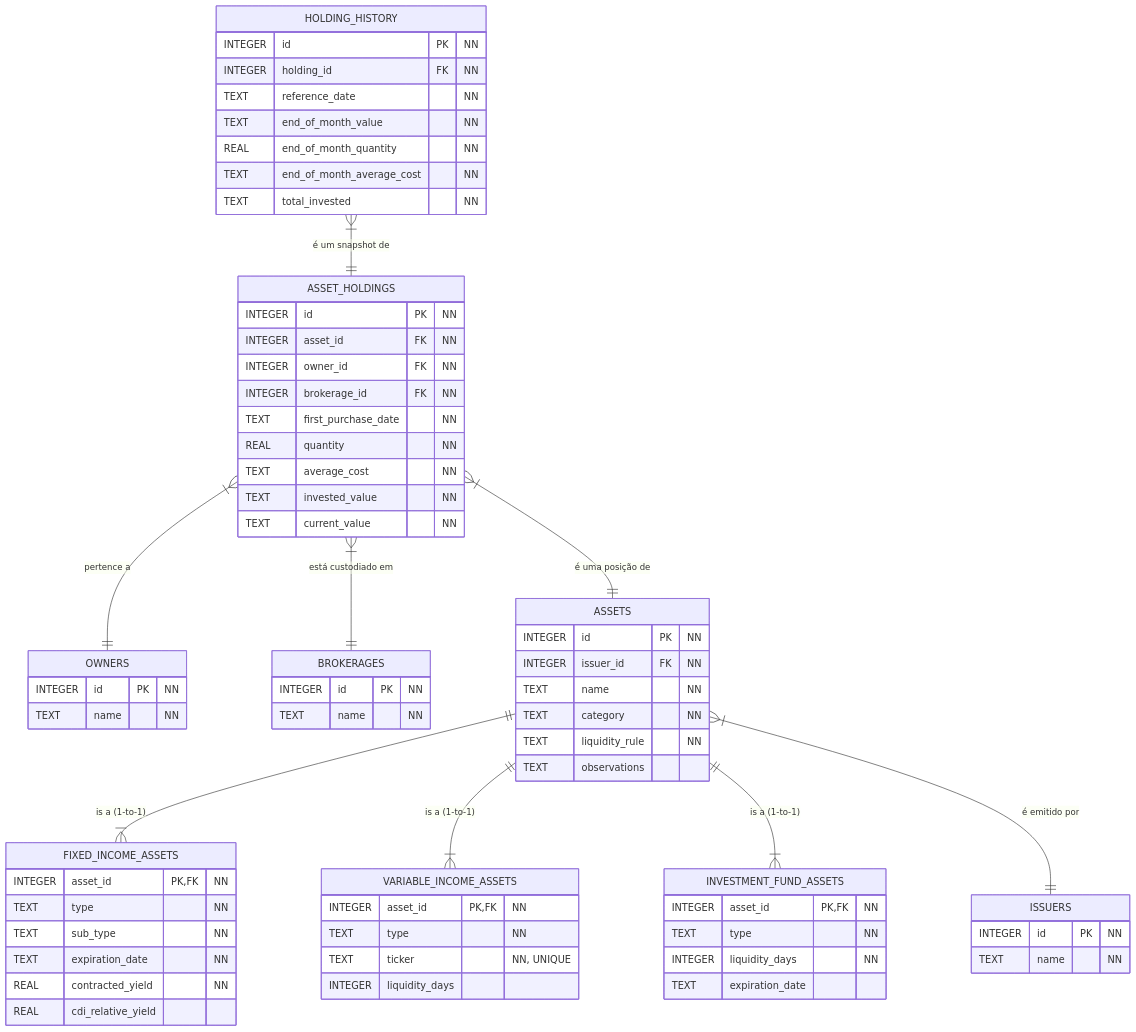
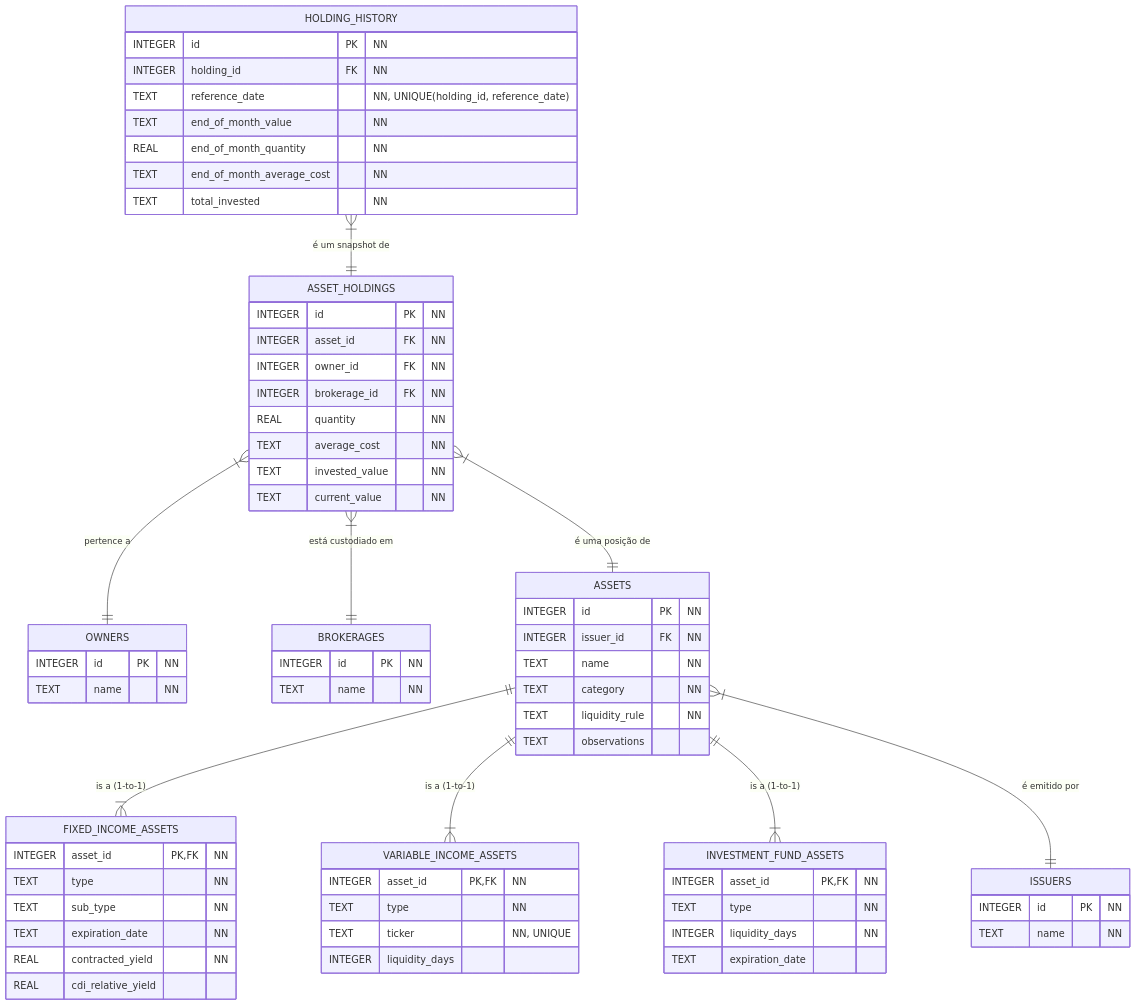
The diagram in docs/Modelagem do Banco de Dados.md (enirsilvaferraz/Investments-KMP), drawn with Mermaid before and after one commit. The commit also changed other lines of this file and 19 other files, not shown here.

````diff
--- a/docs/Modelagem do Banco de Dados.md
+++ b/docs/Modelagem do Banco de Dados.md
@@ -7,72 +7,71 @@
 ```mermaid
 erDiagram
     OWNERS {
         INTEGER id PK "NN"
         TEXT name "NN"
     }
     BROKERAGES {
         INTEGER id PK "NN"
         TEXT name "NN"
     }
     ISSUERS {
         INTEGER id PK "NN"
         TEXT name "NN"
     }
     ASSETS {
         INTEGER id PK "NN"
         INTEGER issuer_id FK "NN"
         TEXT name "NN"
         TEXT category "NN"
         TEXT liquidity_rule "NN"
         TEXT observations
     }
     FIXED_INCOME_ASSETS {
         INTEGER asset_id PK, FK "NN"
         TEXT type "NN"
         TEXT sub_type "NN"
         TEXT expiration_date "NN"
         REAL contracted_yield "NN"
         REAL cdi_relative_yield
     }
     VARIABLE_INCOME_ASSETS {
         INTEGER asset_id PK, FK "NN"
         TEXT type "NN"
         TEXT ticker "NN, UNIQUE"
         INTEGER liquidity_days
     }
     INVESTMENT_FUND_ASSETS {
         INTEGER asset_id PK, FK "NN"
         TEXT type "NN"
         INTEGER liquidity_days "NN"
         TEXT expiration_date
     }
     ASSET_HOLDINGS {
         INTEGER id PK "NN"
         INTEGER asset_id FK "NN"
         INTEGER owner_id FK "NN"
         INTEGER brokerage_id FK "NN"
-        TEXT first_purchase_date "NN"
         REAL quantity "NN"
         TEXT average_cost "NN"
         TEXT invested_value "NN"
         TEXT current_value "NN"
     }
     HOLDING_HISTORY {
         INTEGER id PK "NN"
         INTEGER holding_id FK "NN"
-        TEXT reference_date "NN"
+        TEXT reference_date "NN, UNIQUE(holding_id, reference_date)"
         TEXT end_of_month_value "NN"
         REAL end_of_month_quantity "NN"
         TEXT end_of_month_average_cost "NN"
         TEXT total_invested "NN"
     }
 
     ASSETS ||--|{ FIXED_INCOME_ASSETS : "is a (1-to-1)"
     ASSETS ||--|{ VARIABLE_INCOME_ASSETS : "is a (1-to-1)"
     ASSETS ||--|{ INVESTMENT_FUND_ASSETS : "is a (1-to-1)"
     ASSETS }|--|| ISSUERS : "é emitido por"
     ASSET_HOLDINGS }|--|| ASSETS : "é uma posição de"
     ASSET_HOLDINGS }|--|| OWNERS : "pertence a"
     ASSET_HOLDINGS }|--|| BROKERAGES : "está custodiado em"
     HOLDING_HISTORY }|--|| ASSET_HOLDINGS : "é um snapshot de"
 ```
````
